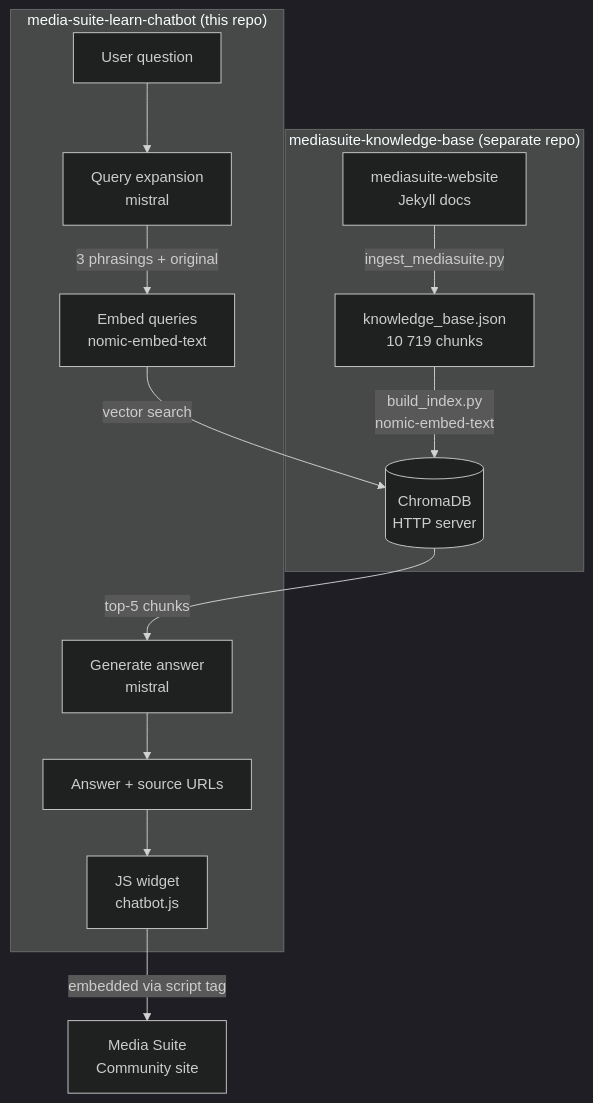
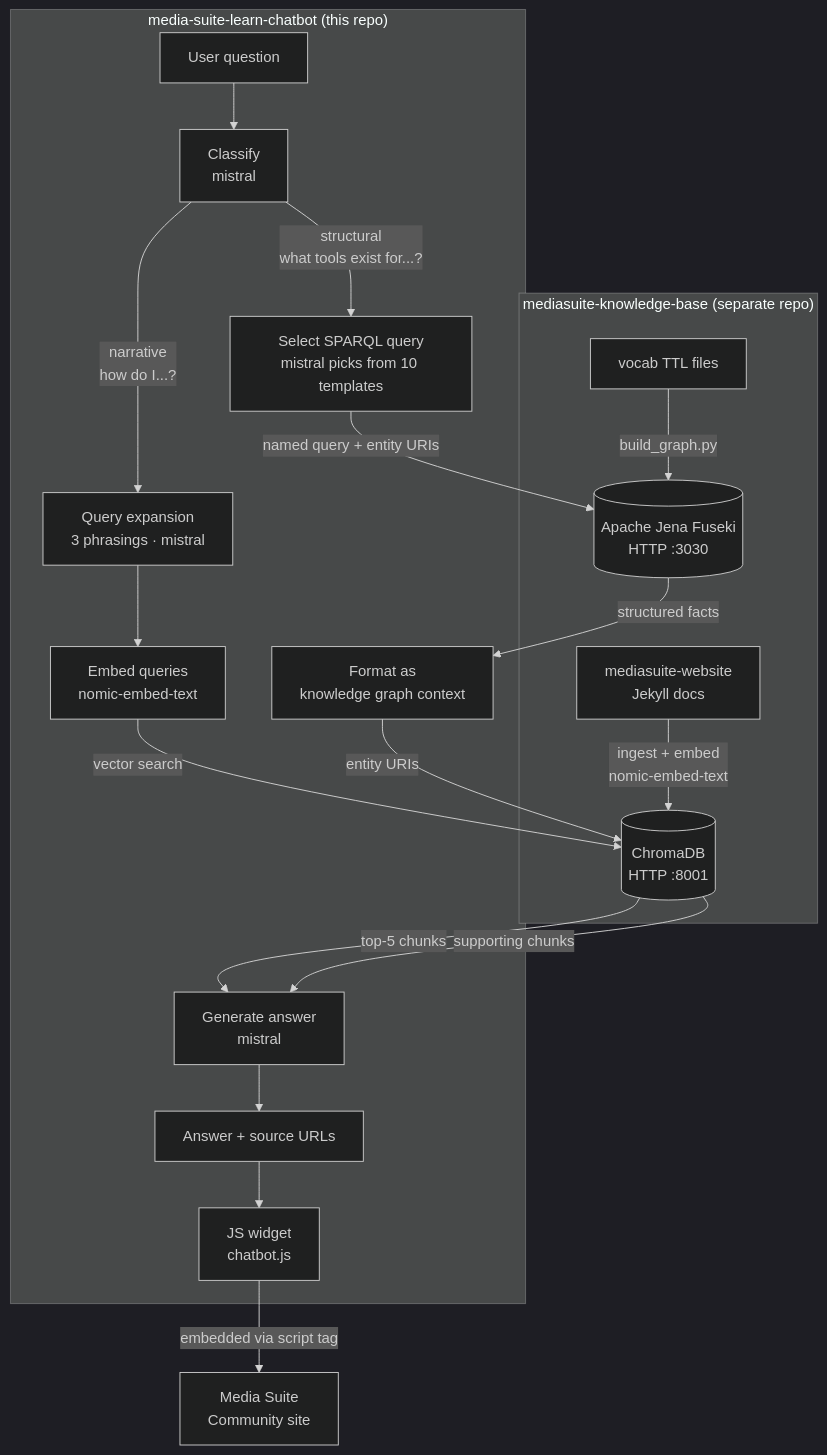
The diagram in README.md (roelandordelman/media-suite-learn-chatbot), drawn with Mermaid (dark theme) before and after one commit. The commit also changed other lines of this file and 11 other files, not shown here.

First line of the commit message:
Add hybrid retrieval router: SPARQL + vector search

````diff
--- a/README.md
+++ b/README.md
@@ -9,18 +11,27 @@
 ```mermaid
 flowchart TD
     subgraph KB["mediasuite-knowledge-base (separate repo)"]
-        A[mediasuite-website\nJekyll docs] -->|ingest_mediasuite.py| B[knowledge_base.json\n10 719 chunks]
-        B -->|build_index.py\nnomic-embed-text| C[(ChromaDB\nHTTP server)]
+        A[mediasuite-website\nJekyll docs] -->|ingest + embed\nnomic-embed-text| B[(ChromaDB\nHTTP :8001)]
+        A2[vocab TTL files] -->|build_graph.py| KG[(Apache Jena Fuseki\nHTTP :3030)]
     end
 
     subgraph Chatbot["media-suite-learn-chatbot (this repo)"]
-        D[User question] --> E[Query expansion\nmistral]
-        E -->|3 phrasings + original| F[Embed queries\nnomic-embed-text]
-        F -->|vector search| C
-        C -->|top-5 chunks| G[Generate answer\nmistral]
-        G --> H[Answer + source URLs]
-        H --> I[JS widget\nchatbot.js]
+        D[User question] --> CLS[Classify\nmistral]
+
+        CLS -->|narrative\nhow do I...?| NP[Query expansion\n3 phrasings · mistral]
+        NP --> EMB[Embed queries\nnomic-embed-text]
+        EMB -->|vector search| B
+        B -->|top-5 chunks| GEN
+
+        CLS -->|structural\nwhat tools exist for...?| SP[Select SPARQL query\nmistral picks from 10 templates]
+        SP -->|named query + entity URIs| KG
+        KG -->|structured facts| FMT[Format as\nknowledge graph context]
+        FMT -->|entity URIs| B
+        B -->|supporting chunks| GEN
+
+        GEN[Generate answer\nmistral] --> ANS[Answer + source URLs]
+        ANS --> W[JS widget\nchatbot.js]
     end
 
-    I -->|embedded via script tag| J[Media Suite\nCommunity site]
+    W -->|embedded via script tag| J[Media Suite\nCommunity site]
 ```
````
